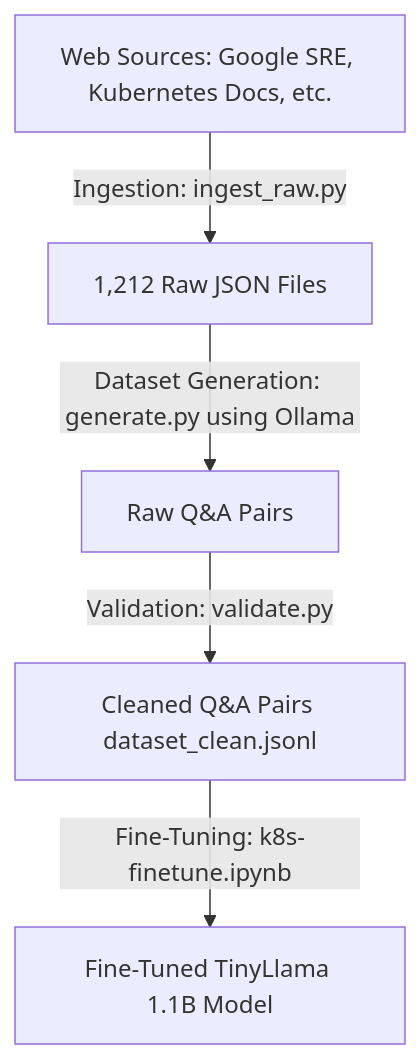
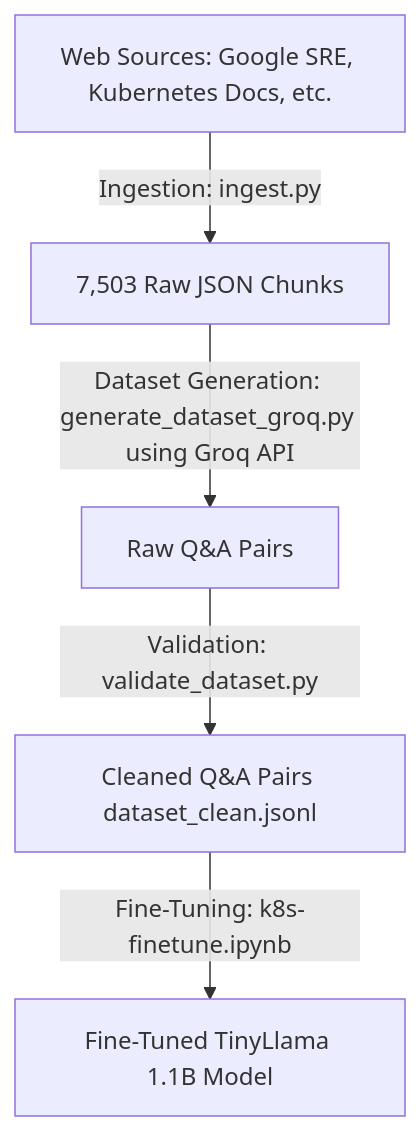
One commit to sarveshwaran16/k8s-finetune changed the diagram in README.md. Above: the diagram before and after it, drawn with Mermaid. The commit also changed other lines of this file and 7569 other files, not shown here.

````diff
--- a/README.md
+++ b/README.md
@@ -9,7 +9,7 @@
 ```mermaid
 graph TD
-    A[Web Sources: Google SRE, Kubernetes Docs, etc.] -->|Ingestion: ingest_raw.py| B[1,212 Raw JSON Files]
-    B -->|Dataset Generation: generate.py using Ollama| C[Raw Q&A Pairs]
-    C -->|Validation: validate.py| D[Cleaned Q&A Pairs dataset_clean.jsonl]
+    A[Web Sources: Google SRE, Kubernetes Docs, etc.] -->|Ingestion: ingest.py| B[7,503 Raw JSON Chunks]
+    B -->|Dataset Generation: generate_dataset_groq.py using Groq API| C[Raw Q&A Pairs]
+    C -->|Validation: validate_dataset.py| D[Cleaned Q&A Pairs dataset_clean.jsonl]
     D -->|Fine-Tuning: k8s-finetune.ipynb| E[Fine-Tuned TinyLlama 1.1B Model]
 ```
````
